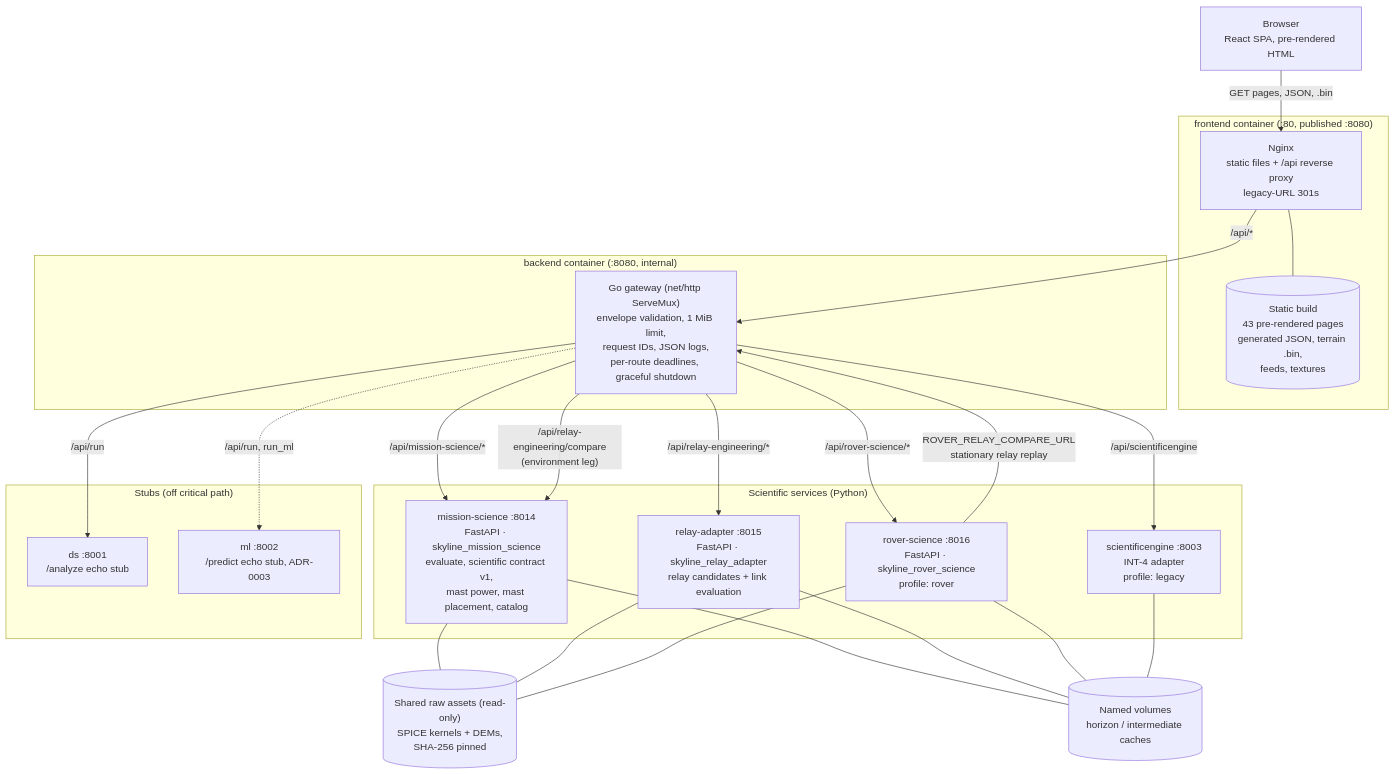
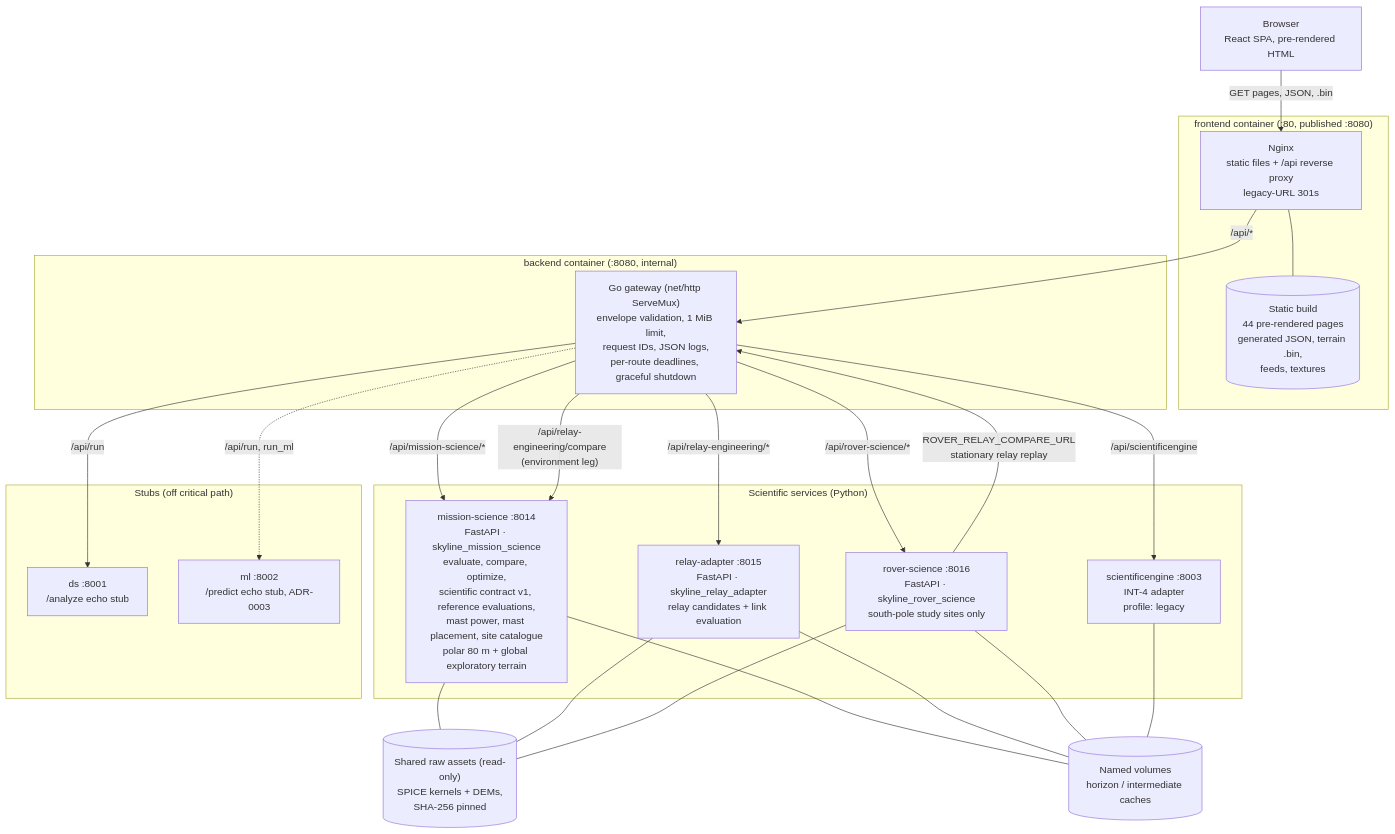
The second of 14 diagrams in docs/architecture/system-design.md (PentaHexaKong/nasa-skyline), drawn with Mermaid before and after one commit. The commit also changed other lines of this file and 4 other files, not shown here.

````diff
--- a/docs/architecture/system-design.md
+++ b/docs/architecture/system-design.md
@@ -49,48 +50,48 @@
 ```mermaid
 flowchart TB
     browser["Browser<br/>React SPA, pre-rendered HTML"]
 
     subgraph edge["frontend container (:80, published :8080)"]
         nginx["Nginx<br/>static files + /api reverse proxy<br/>legacy-URL 301s"]
-        static[("Static build<br/>43 pre-rendered pages<br/>generated JSON, terrain .bin,<br/>feeds, textures")]
+        static[("Static build<br/>44 pre-rendered pages<br/>generated JSON, terrain .bin,<br/>feeds, textures")]
     end
 
     subgraph gw["backend container (:8080, internal)"]
         go["Go gateway (net/http ServeMux)<br/>envelope validation, 1 MiB limit,<br/>request IDs, JSON logs,<br/>per-route deadlines, graceful shutdown"]
     end
 
     subgraph sci["Scientific services (Python)"]
-        ms["mission-science :8014<br/>FastAPI · skyline_mission_science<br/>evaluate, scientific contract v1,<br/>mast power, mast placement, catalog"]
+        ms["mission-science :8014<br/>FastAPI · skyline_mission_science<br/>evaluate, compare, optimize,<br/>scientific contract v1, reference evaluations,<br/>mast power, mast placement, site catalogue<br/>polar 80 m + global exploratory terrain"]
         ra["relay-adapter :8015<br/>FastAPI · skyline_relay_adapter<br/>relay candidates + link evaluation"]
-        rv["rover-science :8016<br/>FastAPI · skyline_rover_science<br/>profile: rover"]
+        rv["rover-science :8016<br/>FastAPI · skyline_rover_science<br/>south-pole study sites only"]
         se["scientificengine :8003<br/>INT-4 adapter<br/>profile: legacy"]
     end
 
     subgraph stubs["Stubs (off critical path)"]
         ds["ds :8001<br/>/analyze echo stub"]
         ml["ml :8002<br/>/predict echo stub, ADR-0003"]
     end
 
     assets[("Shared raw assets (read-only)<br/>SPICE kernels + DEMs,<br/>SHA-256 pinned")]
     caches[("Named volumes<br/>horizon / intermediate caches")]
 
     browser -->|"GET pages, JSON, .bin"| nginx
     nginx --- static
     nginx -->|"/api/*"| go
     go -->|"/api/mission-science/*"| ms
     go -->|"/api/relay-engineering/*"| ra
     go -->|"/api/relay-engineering/compare<br/>(environment leg)"| ms
     go -->|"/api/rover-science/*"| rv
     go -->|"/api/scientificengine"| se
     go -->|"/api/run"| ds
     go -.->|"/api/run, run_ml"| ml
     rv -->|"ROVER_RELAY_COMPARE_URL<br/>stationary relay replay"| go
 
     ms --- assets
     ra --- assets
     rv --- assets
     ms --- caches
     ra --- caches
     rv --- caches
     se --- caches
 ```
````
